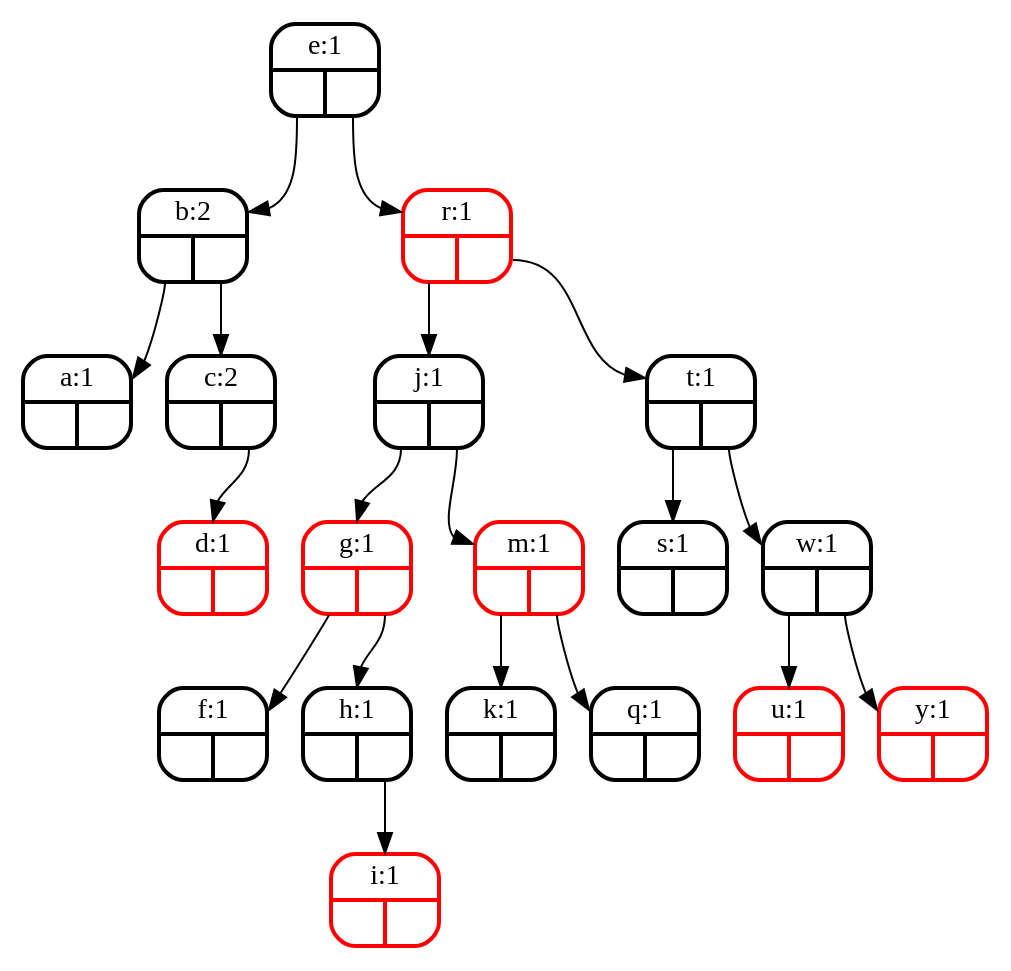
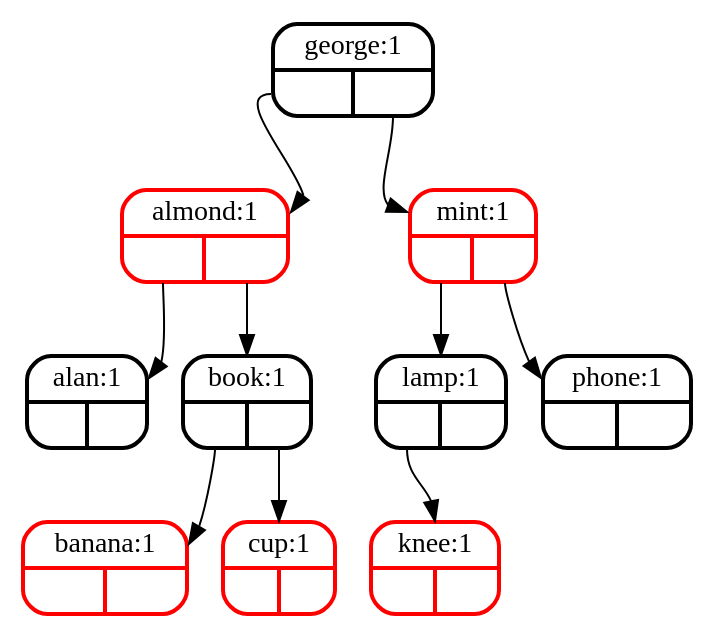
Before and after one commit to bencravens/spellchecker: the diagram in tree-view.dot, drawn with Graphviz. The commit also changed 5 other files, not shown here.

```diff
--- a/tree-view.dot
+++ b/tree-view.dot
@@ -1,40 +1,22 @@
 digraph tree {
 node [shape = Mrecord, penwidth = 2];
-"e"[label="{<f0>e:1|{<f1>|<f2>}}"color=black];
-"b"[label="{<f0>b:2|{<f1>|<f2>}}"color=black];
-"a"[label="{<f0>a:1|{<f1>|<f2>}}"color=black];
-"b":f1 -> "a":f0;
-"c"[label="{<f0>c:2|{<f1>|<f2>}}"color=black];
-"d"[label="{<f0>d:1|{<f1>|<f2>}}"color=red];
-"c":f2 -> "d":f0;
-"b":f2 -> "c":f0;
-"e":f1 -> "b":f0;
-"r"[label="{<f0>r:1|{<f1>|<f2>}}"color=red];
-"j"[label="{<f0>j:1|{<f1>|<f2>}}"color=black];
-"g"[label="{<f0>g:1|{<f1>|<f2>}}"color=red];
-"f"[label="{<f0>f:1|{<f1>|<f2>}}"color=black];
-"g":f1 -> "f":f0;
-"h"[label="{<f0>h:1|{<f1>|<f2>}}"color=black];
-"i"[label="{<f0>i:1|{<f1>|<f2>}}"color=red];
-"h":f2 -> "i":f0;
-"g":f2 -> "h":f0;
-"j":f1 -> "g":f0;
-"m"[label="{<f0>m:1|{<f1>|<f2>}}"color=red];
-"k"[label="{<f0>k:1|{<f1>|<f2>}}"color=black];
-"m":f1 -> "k":f0;
-"q"[label="{<f0>q:1|{<f1>|<f2>}}"color=black];
-"m":f2 -> "q":f0;
-"j":f2 -> "m":f0;
-"r":f1 -> "j":f0;
-"t"[label="{<f0>t:1|{<f1>|<f2>}}"color=black];
-"s"[label="{<f0>s:1|{<f1>|<f2>}}"color=black];
-"t":f1 -> "s":f0;
-"w"[label="{<f0>w:1|{<f1>|<f2>}}"color=black];
-"u"[label="{<f0>u:1|{<f1>|<f2>}}"color=red];
-"w":f1 -> "u":f0;
-"y"[label="{<f0>y:1|{<f1>|<f2>}}"color=red];
-"w":f2 -> "y":f0;
-"t":f2 -> "w":f0;
-"r":f2 -> "t":f0;
-"e":f2 -> "r":f0;
+"george"[label="{<f0>george:1|{<f1>|<f2>}}"color=black];
+"almond"[label="{<f0>almond:1|{<f1>|<f2>}}"color=red];
+"alan"[label="{<f0>alan:1|{<f1>|<f2>}}"color=black];
+"almond":f1 -> "alan":f0;
+"book"[label="{<f0>book:1|{<f1>|<f2>}}"color=black];
+"banana"[label="{<f0>banana:1|{<f1>|<f2>}}"color=red];
+"book":f1 -> "banana":f0;
+"cup"[label="{<f0>cup:1|{<f1>|<f2>}}"color=red];
+"book":f2 -> "cup":f0;
+"almond":f2 -> "book":f0;
+"george":f1 -> "almond":f0;
+"mint"[label="{<f0>mint:1|{<f1>|<f2>}}"color=red];
+"lamp"[label="{<f0>lamp:1|{<f1>|<f2>}}"color=black];
+"knee"[label="{<f0>knee:1|{<f1>|<f2>}}"color=red];
+"lamp":f1 -> "knee":f0;
+"mint":f1 -> "lamp":f0;
+"phone"[label="{<f0>phone:1|{<f1>|<f2>}}"color=black];
+"mint":f2 -> "phone":f0;
+"george":f2 -> "mint":f0;
 }
```
